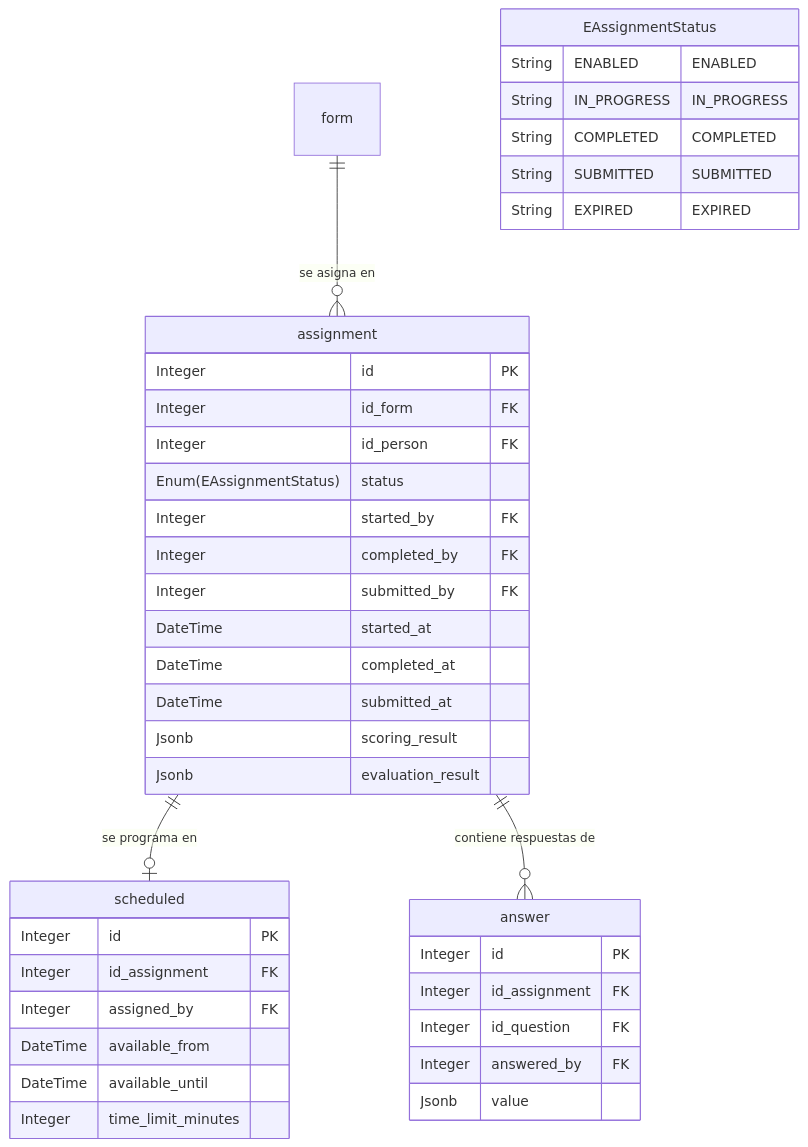
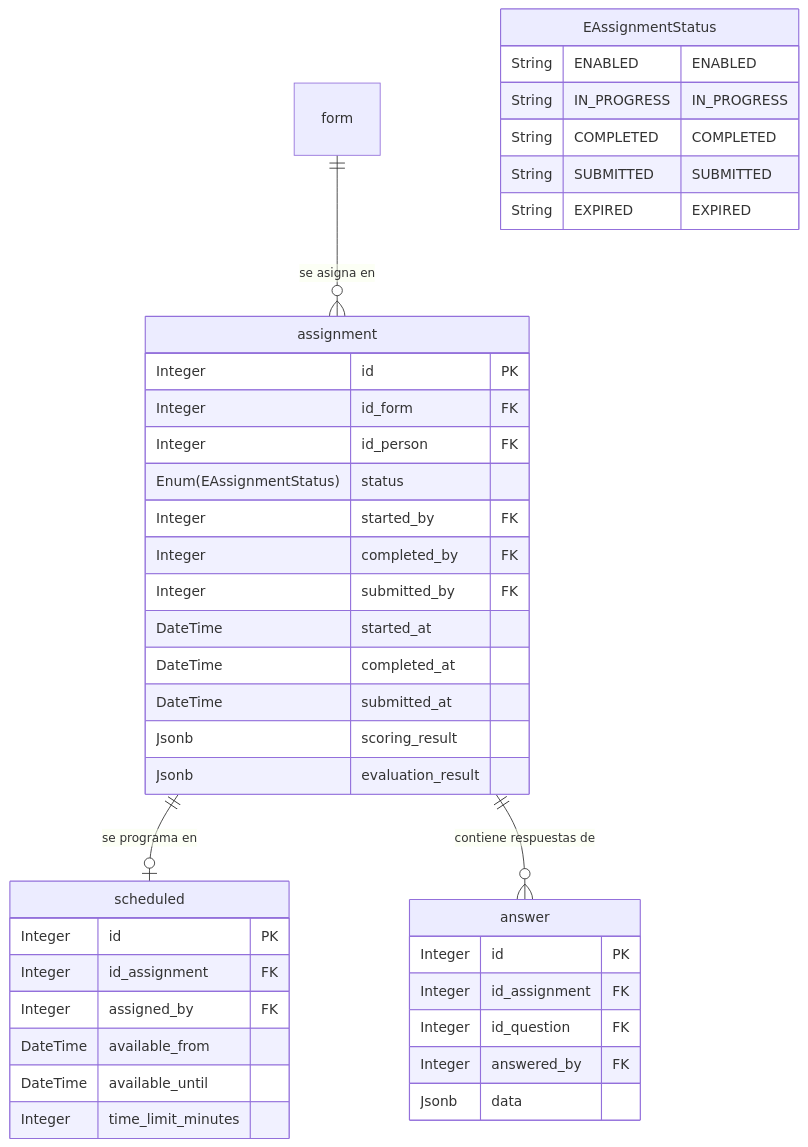
One commit to m4ck-y/dh_docs changed the diagram in features/questionnaires/responses/ERD.mmd. Above: the diagram before and after it, drawn with Mermaid. The commit also changed 37 other files, not shown here.

First line of the commit message:
docs(questionnaires): rename type fields in AST and answer column

```diff
--- a/features/questionnaires/responses/ERD.mmd
+++ b/features/questionnaires/responses/ERD.mmd
@@ -1,107 +1,107 @@
 erDiagram
     %% ===============================================================
     %% SCHEMA form: ejecucion de cuestionarios (modelo V2: assignment
     %% como tarea/evento). Fuente de verdad: schema.sql (seccion de ejecucion).
     %% ----
     %% DECISION DE ARQUITECTURA: ASSIGNMENT COMO TAREA/EVENTO
     %% Cada reevaluacion o renovacion (manual o programada) crea una nueva
     %% fila en 'assignment'. No se usa como tabla maestra fija. El modelo V1
     %% (bd_mermaid.mmd de la referencia app_questionnaire) usaba 'response'
     %% intermedia con attempt_number y los puentes form_direct_responses /
     %% scheduled_responses; en V2 se eliminan (ver README, Diferencias V1 -> V2).
     %% ----
     %% 'form' y 'question' estan definidas en ../catalog/ERD.mmd
     %% (no se duplican bloques aqui).
     %% ----
     %% Todas las tablas heredan de BaseModel (agregados automaticamente, no se listan):
     %%   id Integer PK interno incremental, uuid UUID externo, created_at, updated_at,
     %%   deleted_at, *_by_id_user
     %% Solo se listan las columnas especificas de cada entidad.
     %% Las FK referencian el id Integer interno de la tabla destino.
     %% Las columnas *_by (started_by, completed_by, submitted_by, assigned_by,
     %% answered_by) son FK a la entidad de usuarios (otro schema); no se
     %% dibuja la relacion aqui.
     %% ===============================================================
 
     %% ============ RELACIONES ============
     %% o{ = cero o muchos: un form del catalogo puede existir sin asignaciones.
     form ||--o{ assignment : "se asigna en"
     %% o| = cero o uno: solo si un profesional programo el cuestionario; el flujo
     %% directo (paciente auto-contesta) no tiene scheduled.
     assignment ||--o| scheduled : "se programa en"
     %% o{ = cero o muchos: una assignment ENABLED (accion "Iniciar") aun no
     %% tiene respuestas.
     assignment ||--o{ answer : "contiene respuestas de"
 
     %% ============ ENUMS ============
     %% EAssignmentStatus: ciclo de vida de la tarea (CREATE TYPE en schema.sql).
     %% ENABLED      -> Front: "Cuestionario disponible" | Accion: Iniciar
     %% IN_PROGRESS  -> Front: "Continuar cuestionario" | Accion: Continuar
     %% COMPLETED    -> Front: "Revisa tus respuestas antes de enviar" | Accion: Enviar / Editar
     %% SUBMITTED    -> Front: "Cuestionario enviado" | Accion: Ver resumen/resultados (solo lectura)
     %% EXPIRED      -> Front: "El cuestionario vencio" | Accion: Ver respuestas incompletas (solo lectura)
     %% Nota V2: el estado DISABLED del modelo V1 se omite a proposito; una asignacion
     %% deshabilitada se representa con soft-delete (deleted_at de BaseModel).
     EAssignmentStatus {
         String ENABLED "ENABLED"
         String IN_PROGRESS "IN_PROGRESS"
         String COMPLETED "COMPLETED"
         String SUBMITTED "SUBMITTED"
         String EXPIRED "EXPIRED"
     }
 
     %% ============ ENTIDADES ============
     assignment {
         %% id_person: persona/entidad a quien se asigna el form
         %% (puede diferir de quien responde, ver answer.answered_by)
         Integer id PK
         Integer id_form FK
         Integer id_person FK
         Enum(EAssignmentStatus) status
         %% Trazabilidad y auditoria de la sesion completa (FK a usuarios)
         Integer started_by FK
         Integer completed_by FK
         Integer submitted_by FK
         DateTime started_at
         DateTime completed_at
         DateTime submitted_at
         %% Resultado definitivo de ESTA assignment. No es cache: como cada
         %% assignment es un evento unico, el resultado le pertenece.
         Jsonb scoring_result
         Jsonb evaluation_result
         %% Nota V2: n_questions_total / n_questions_answered del modelo V1 NO se
         %% persisten; el progreso se calcula al vuelo desde answer.
     }
 
     %% Ventana de disponibilidad temporal para cuestionarios programados.
     %% Solo existe si un profesional programo el cuestionario: en flujos
     %% directos (paciente auto-contesta) NO hay 'scheduled'.
     scheduled {
         Integer id PK
         Integer id_assignment FK
         %% Referencia al usuario (medico/enfermera/admin/sistema) que programo.
         %% No es un enum: es un FK a la entidad de usuarios.
         Integer assigned_by FK
         DateTime available_from
         DateTime available_until
         Integer time_limit_minutes
     }
 
     %% ===============================================================
     %% DECISION DE ARQUITECTURA: TRAZABILIDAD POR PREGUNTA
     %% 'answered_by' vive en cada answer individual para auditar
     %% si una pregunta especifica la respondio el medico, tutor o paciente.
     %% ===============================================================
     answer {
         Integer id PK
         Integer id_assignment FK
         Integer id_question FK
         %% Referencia al usuario que ingreso esta respuesta puntual.
         %% Permite auditar si la contesto el medico, tutor o paciente.
         %% No es un enum: es un FK a la entidad de usuarios.
         Integer answered_by FK
-        %% value: JSONB normalizado {value, data_type} (CHECK en schema.sql).
-        %% Mismos campos que un const del AST; data_type: number|string|boolean|
+        %% data: JSONB normalizado {value, type} (CHECK en schema.sql).
+        %% Mismos campos que un const del AST; type: number|string|boolean|
         %% date|datetime|duration|array_*. Las opciones guardan option.value numerico.
-        Jsonb value
+        Jsonb data
     }
```
